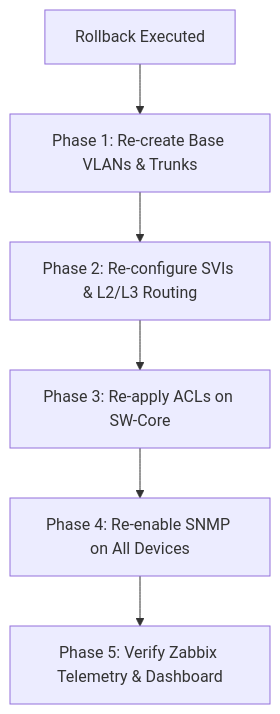
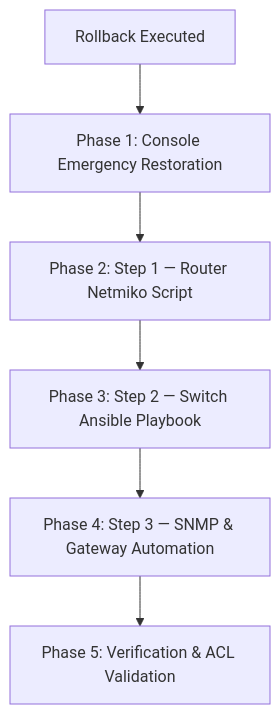
Before and after one commit to Thimira20/Data-Networks-Project: the diagram in configurations_after_rollback.md, drawn with Mermaid. The commit also changed other lines of this file and 5 other files, not shown here.

````diff
--- a/configurations_after_rollback.md
+++ b/configurations_after_rollback.md
@@ -32,8 +32,8 @@
 ```mermaid
 graph TD
-    A[Rollback Executed] --> B[Phase 1: Re-create Base VLANs & Trunks]
-    B --> C[Phase 2: Re-configure SVIs & L2/L3 Routing]
-    C --> D[Phase 3: Re-apply ACLs on SW-Core]
-    D --> E[Phase 4: Re-enable SNMP on All Devices]
-    E --> F[Phase 5: Verify Zabbix Telemetry & Dashboard]
+    A[Rollback Executed] --> B[Phase 1: Console Emergency Restoration]
+    B --> C[Phase 2: Step 1 — Router Netmiko Script]
+    C --> D[Phase 3: Step 2 — Switch Ansible Playbook]
+    D --> E[Phase 4: Step 3 — SNMP & Gateway Automation]
+    E --> F[Phase 5: Verification & ACL Validation]
 ```
````
